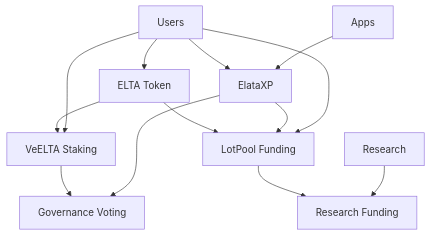
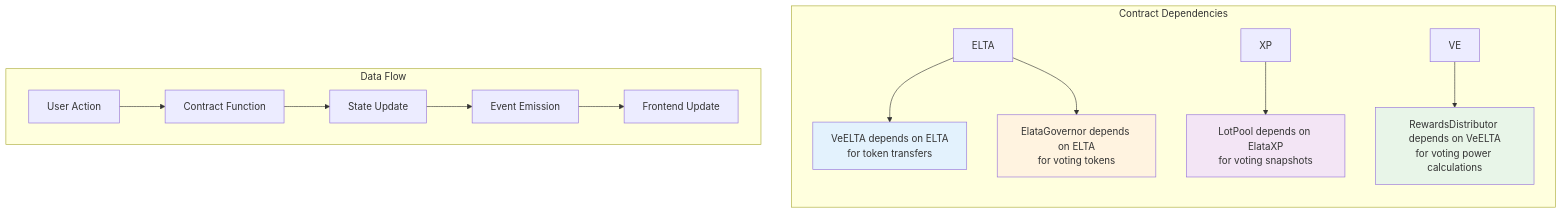
The ninth of 22 diagrams in docs/ARCHITECTURE.md (Elata-Biosciences/elata-protocol), drawn with Mermaid before and after one commit. The commit also changed other lines of this file and 3 other files, not shown here.

Commit message:
Adds diagrams

````diff
--- a/docs/ARCHITECTURE.md
+++ b/docs/ARCHITECTURE.md
@@ -125,17 +313,25 @@
 ```mermaid
 graph TD
-    A[ELTA Token] --> B[VeELTA Staking]
-    A --> C[LotPool Funding]
-    D[ElataXP] --> C
-    B --> E[Governance Voting]
-    D --> E
-    C --> F[Research Funding]
+    subgraph "Contract Dependencies"
+        direction TB
+        
+        ELTA --> VE_DEP[VeELTA depends on ELTA<br/>for token transfers]
+        XP --> LP_DEP[LotPool depends on ElataXP<br/>for voting snapshots]
+        VE --> RD_DEP[RewardsDistributor depends on VeELTA<br/>for voting power calculations]
+        ELTA --> GOV_DEP[ElataGovernor depends on ELTA<br/>for voting tokens]
+    end
     
-    G[Users] --> A
-    G --> B
-    G --> D
-    G --> C
+    subgraph "Data Flow"
+        direction LR
+        
+        USER_ACTION[User Action] --> CONTRACT_CALL[Contract Function]
+        CONTRACT_CALL --> STATE_CHANGE[State Update]
+        STATE_CHANGE --> EVENT_EMIT[Event Emission]
+        EVENT_EMIT --> FRONTEND_UPDATE[Frontend Update]
+    end
     
-    H[Apps] --> D
-    I[Research] --> F
+    style VE_DEP fill:#e3f2fd
+    style LP_DEP fill:#f3e5f5
+    style RD_DEP fill:#e8f5e8
+    style GOV_DEP fill:#fff3e0
 ```
````
